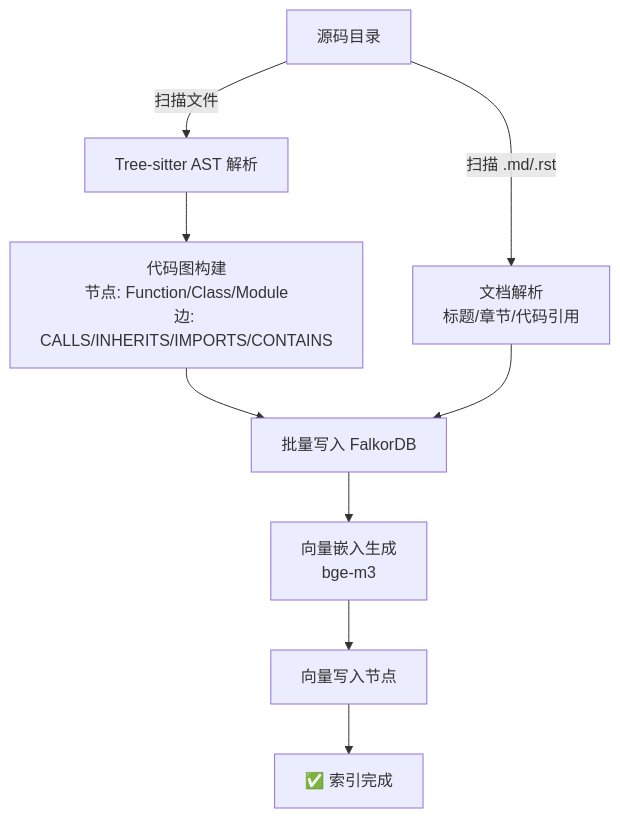
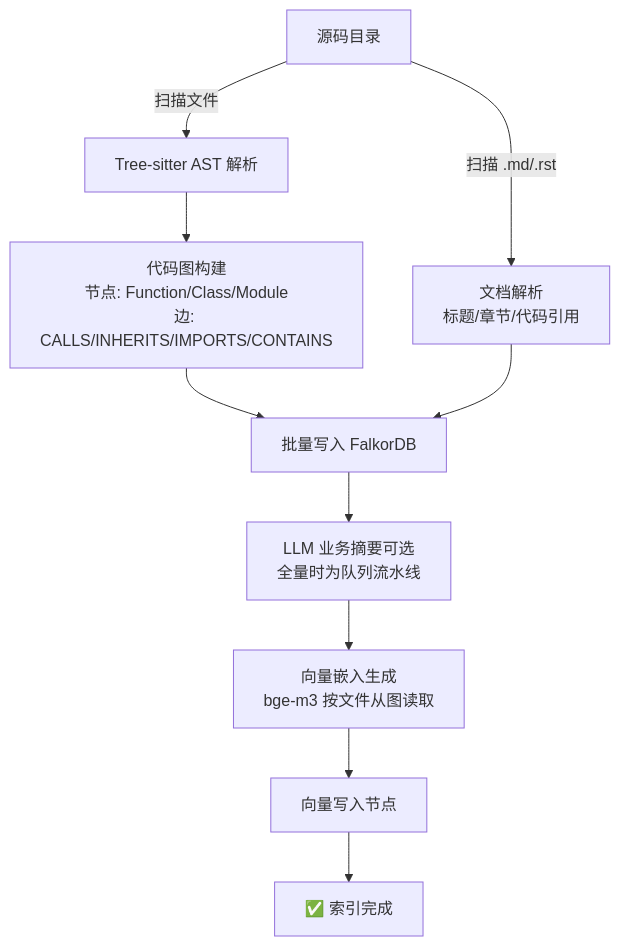
The second of 3 diagrams in README.md (EarthChen/knowledge-base-service), drawn with Mermaid before and after one commit. The commit also changed other lines of this file and 31 other files, not shown here.

````diff
--- a/README.md
+++ b/README.md
@@ -35,11 +75,12 @@
 ```mermaid
 graph TD
     A[源码目录] -->|扫描文件| B[Tree-sitter AST 解析]
     B --> C[代码图构建<br/>节点: Function/Class/Module<br/>边: CALLS/INHERITS/IMPORTS/CONTAINS]
     A -->|扫描 .md/.rst| D[文档解析<br/>标题/章节/代码引用]
     C --> E[批量写入 FalkorDB]
     D --> E
-    E --> F[向量嵌入生成<br/>bge-m3]
-    F --> G[向量写入节点]
-    G --> H[✅ 索引完成]
+    E --> F[LLM 业务摘要可选<br/>全量时为队列流水线]
+    F --> G[向量嵌入生成<br/>bge-m3 按文件从图读取]
+    G --> H[向量写入节点]
+    H --> I[✅ 索引完成]
 ```
````
